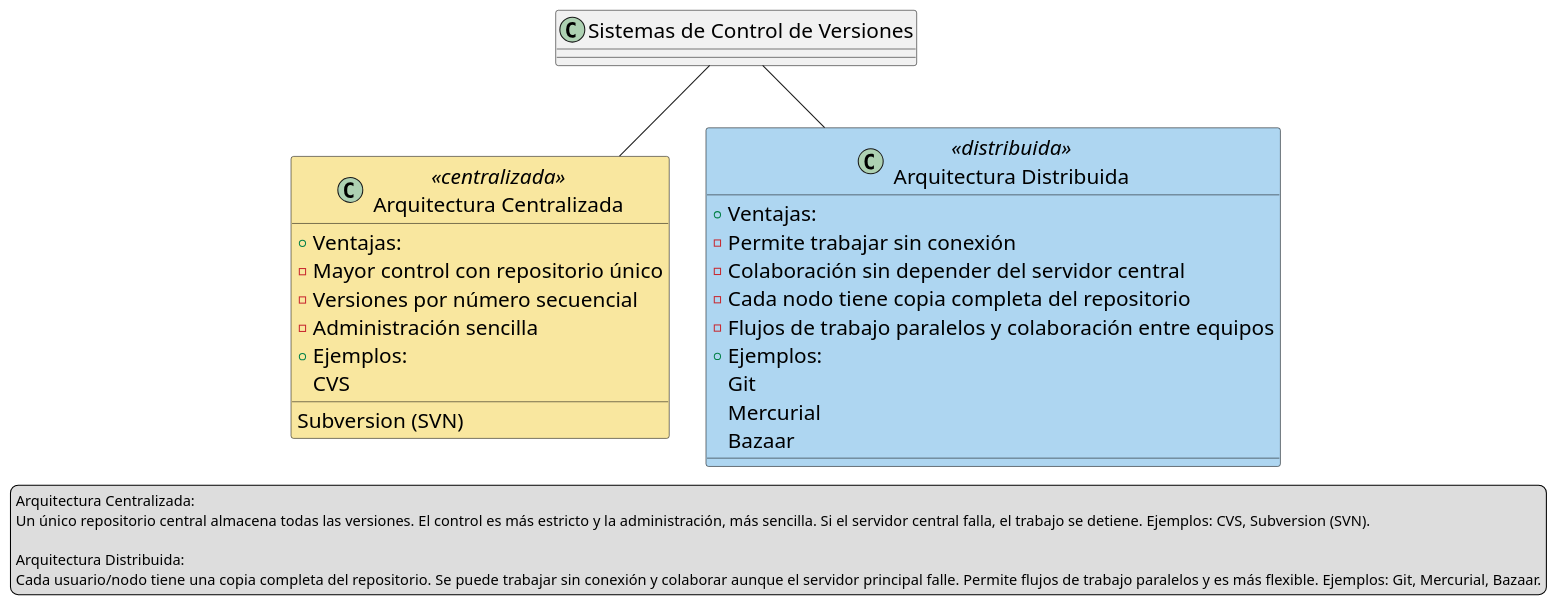
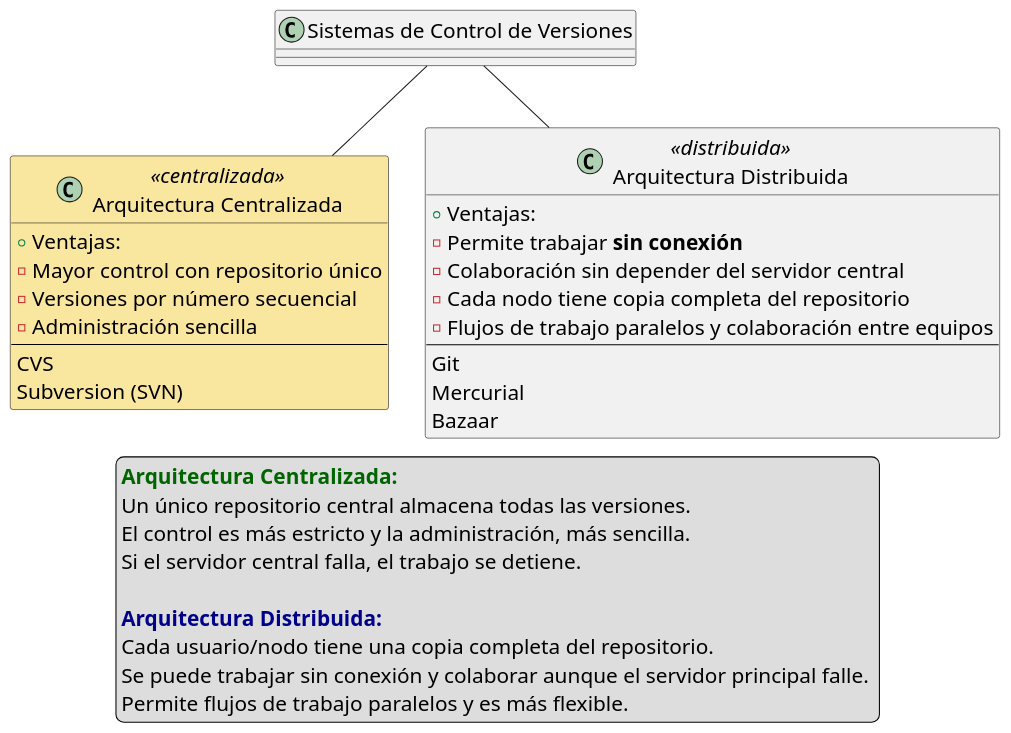
The diagram in 8.SCV.puml (luisgomezgithub/CursoGit), drawn with PlantUML before and after one commit. The commit also changed 13 other files, not shown here.

```diff
--- a/8.SCV.puml
+++ b/8.SCV.puml
@@ -1,46 +1,50 @@
 @startuml
 skinparam defaultFontName "Arial"
 skinparam defaultFontSize 20
 skinparam classFontSize 20
+skinparam legendFontSize 20
 
 skinparam class {
     BackgroundColor<<centralizada>> #f9e79f
-    BackgroundColor<<distribuida>> #aed6f1
     BorderColor Black
 }
 
 class "Sistemas de Control de Versiones" as SCV
 
 class "Arquitectura Centralizada" <<centralizada>>{
   + Ventajas:
   - Mayor control con repositorio único
   - Versiones por número secuencial
   - Administración sencilla
-  + Ejemplos:
+  --
   CVS
   Subversion (SVN)
 }
 
 class "Arquitectura Distribuida" <<distribuida>>{
   + Ventajas:
-  - Permite trabajar sin conexión
+  - Permite trabajar **sin conexión**
   - Colaboración sin depender del servidor central
   - Cada nodo tiene copia completa del repositorio
   - Flujos de trabajo paralelos y colaboración entre equipos
-  + Ejemplos:
+  --
   Git
   Mercurial
   Bazaar
 }
 
 SCV -- "Arquitectura Centralizada"
 SCV -- "Arquitectura Distribuida"
 
 legend
-Arquitectura Centralizada:
-Un único repositorio central almacena todas las versiones. El control es más estricto y la administración, más sencilla. Si el servidor central falla, el trabajo se detiene. Ejemplos: CVS, Subversion (SVN).
+<color darkgreen>**Arquitectura Centralizada:**
+Un único repositorio central almacena todas las versiones. 
+El control es más estricto y la administración, más sencilla. 
+Si el servidor central falla, el trabajo se detiene.
 
-Arquitectura Distribuida:
-Cada usuario/nodo tiene una copia completa del repositorio. Se puede trabajar sin conexión y colaborar aunque el servidor principal falle. Permite flujos de trabajo paralelos y es más flexible. Ejemplos: Git, Mercurial, Bazaar.
+<color darkblue>**Arquitectura Distribuida:**
+Cada usuario/nodo tiene una copia completa del repositorio. 
+Se puede trabajar sin conexión y colaborar aunque el servidor principal falle. 
+Permite flujos de trabajo paralelos y es más flexible. 
 end legend
 @enduml
```
